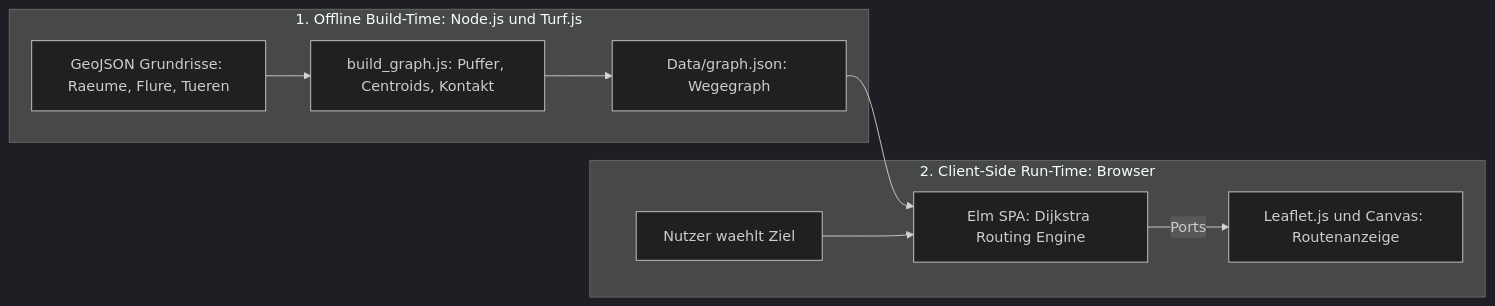
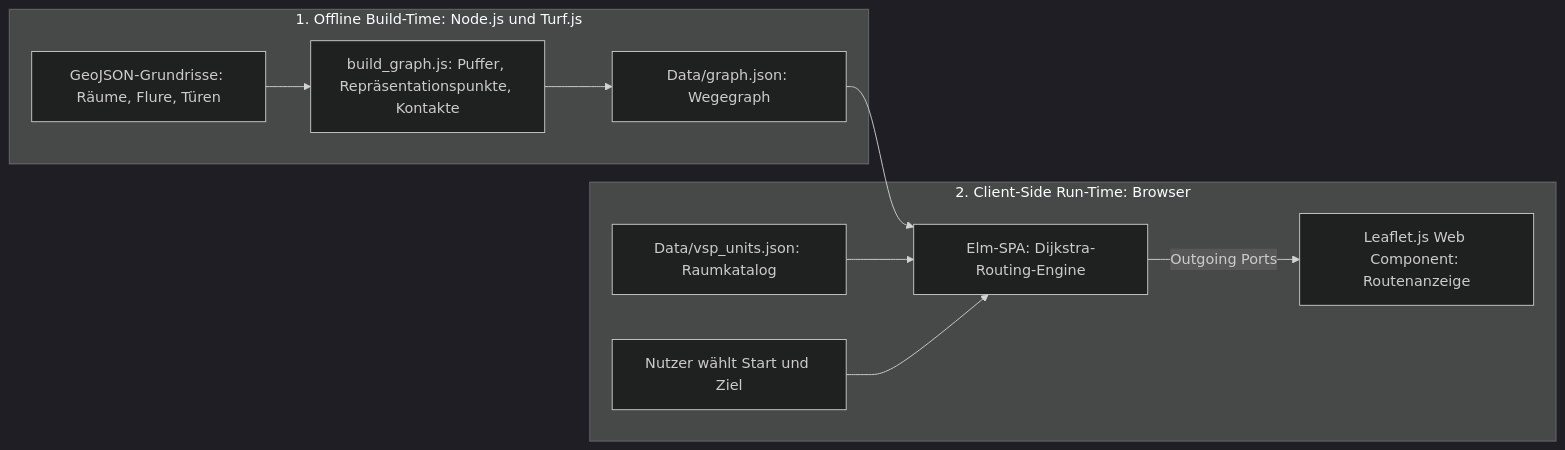
Before and after one commit to Der-Mehlmann/KrokenKompass: the diagram in docs/Home.md, drawn with Mermaid (dark theme). The commit also changed other lines of this file and 9 other files, not shown here.

````diff
--- a/docs/Home.md
+++ b/docs/Home.md
@@ -26,13 +26,14 @@
 ```mermaid
 flowchart LR
     subgraph BuildTime ["1. Offline Build-Time: Node.js und Turf.js"]
-        GeoJSON["GeoJSON Grundrisse: Raeume, Flure, Tueren"] --> BuildGraph["build_graph.js: Puffer, Centroids, Kontakt"]
+        GeoJSON["GeoJSON-Grundrisse: Räume, Flure, Türen"] --> BuildGraph["build_graph.js: Puffer, Repräsentationspunkte, Kontakte"]
         BuildGraph --> GraphJSON["Data/graph.json: Wegegraph"]
     end
 
     subgraph RunTime ["2. Client-Side Run-Time: Browser"]
-        GraphJSON --> ElmApp["Elm SPA: Dijkstra Routing Engine"]
-        User["Nutzer waehlt Ziel"] --> ElmApp
-        ElmApp -->|Ports| Leaflet["Leaflet.js und Canvas: Routenanzeige"]
+        GraphJSON --> ElmApp["Elm-SPA: Dijkstra-Routing-Engine"]
+        UnitsJSON["Data/vsp_units.json: Raumkatalog"] --> ElmApp
+        User["Nutzer wählt Start und Ziel"] --> ElmApp
+        ElmApp -->|Outgoing Ports| Leaflet["Leaflet.js Web Component: Routenanzeige"]
     end
 ```
````
